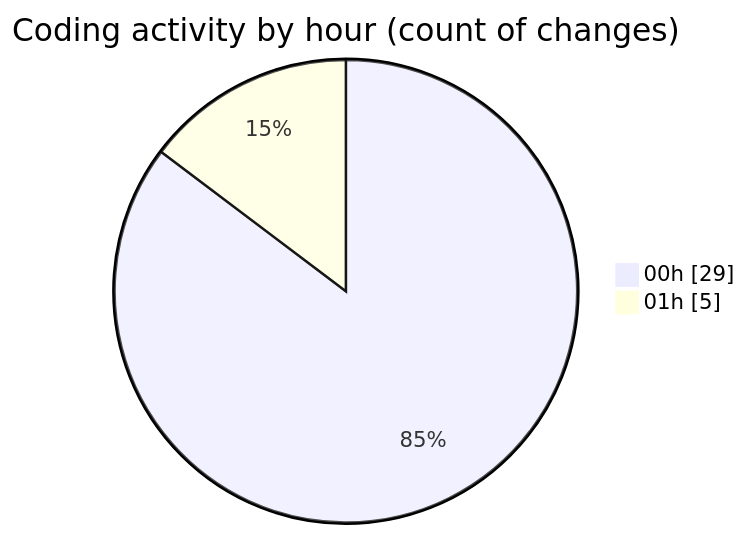
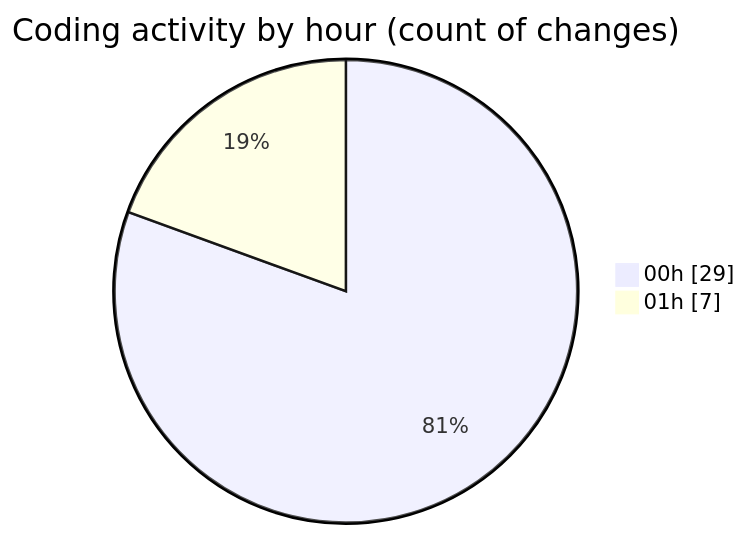
The second of 2 diagrams in 2026-02-22/nxtqube_webapp/README.md (nxtqubesakshisongat/code-tracking), drawn with Mermaid before and after one commit. The commit also changed other lines of this file and 1 other file, not shown here.

````diff
--- a/2026-02-22/nxtqube_webapp/README.md
+++ b/2026-02-22/nxtqube_webapp/README.md
@@ -28,6 +28,6 @@
 ```mermaid
 pie showData
 title Coding activity by hour (count of changes)
 "00h" : 29
-"01h" : 5
+"01h" : 7
 ```
````
